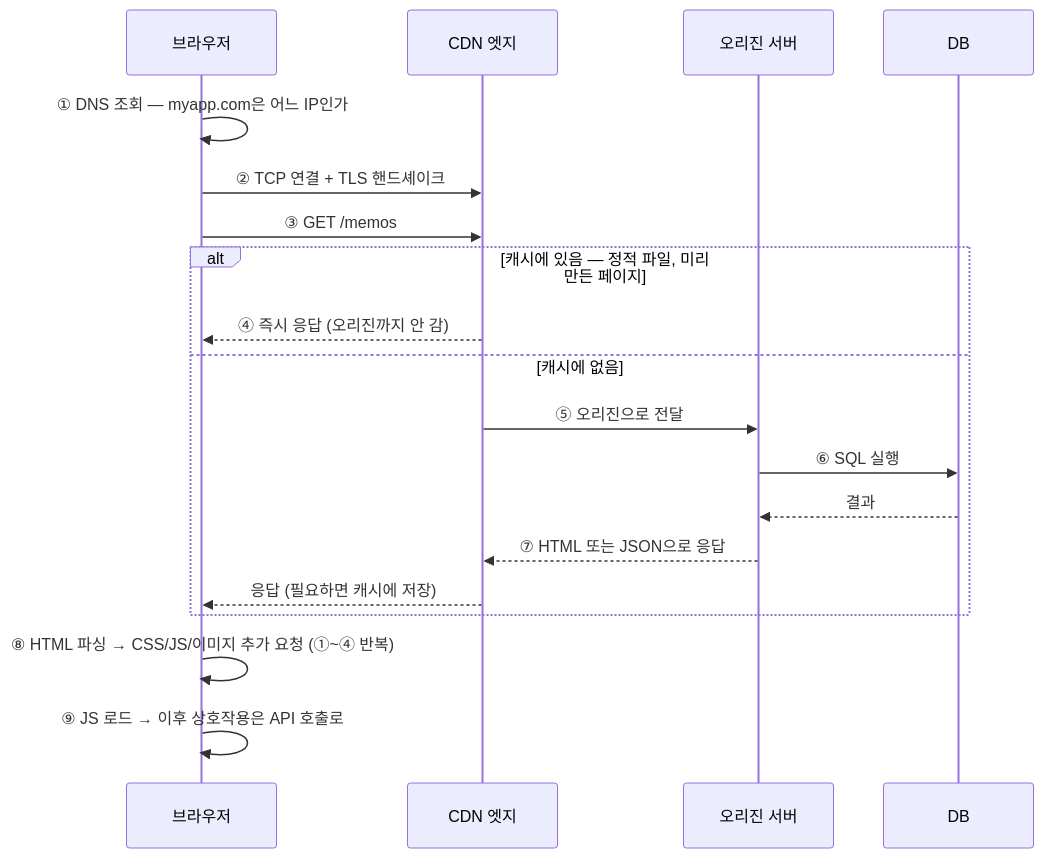
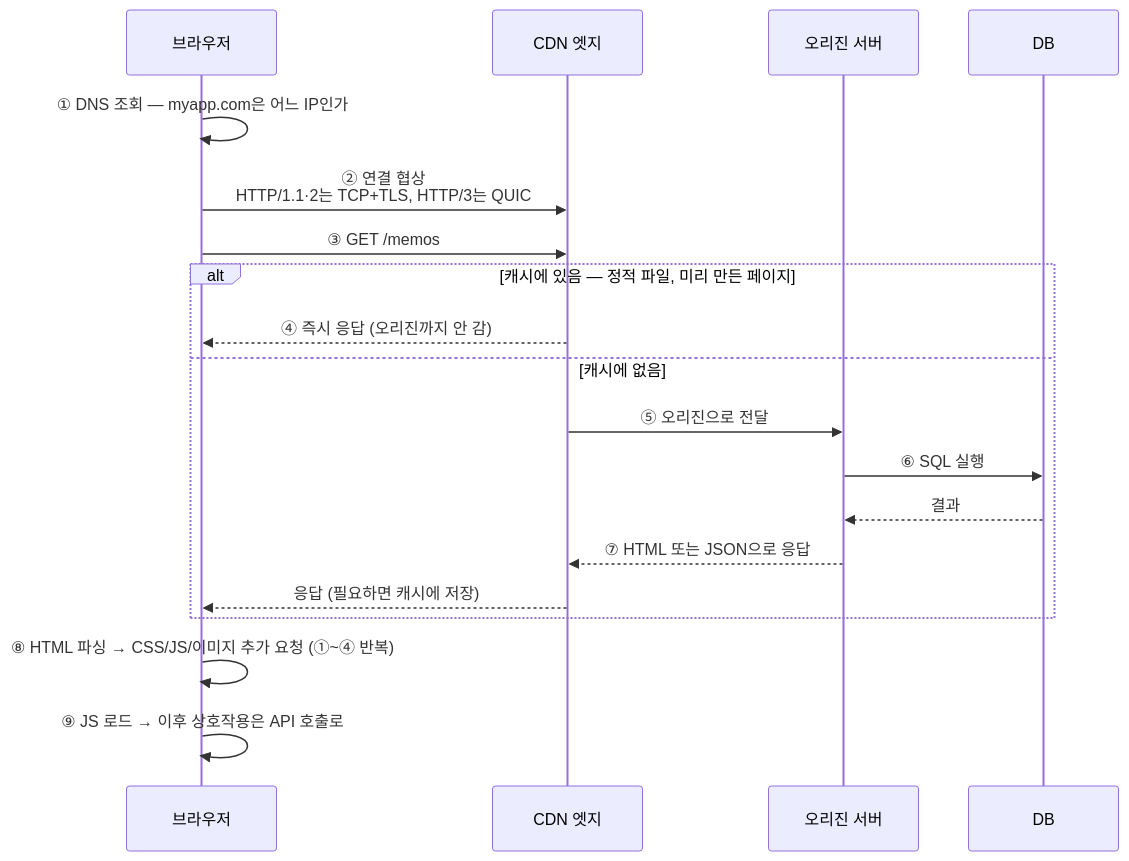
One commit to mechurak/study-starlight changed the diagram in src/content/docs/web/01-request.mdx. Above: the diagram before and after it, drawn with Mermaid. The commit also changed other lines of this file and 27 other files, not shown here.

````diff
--- a/src/content/docs/web/01-request.mdx
+++ b/src/content/docs/web/01-request.mdx
@@ -24,22 +24,22 @@
 ```mermaid
 sequenceDiagram
     participant B as 브라우저
     participant E as CDN 엣지
     participant O as 오리진 서버
     participant D as DB
 
     B->>B: ① DNS 조회 — myapp.com은 어느 IP인가
-    B->>E: ② TCP 연결 + TLS 핸드셰이크
+    B->>E: ② 연결 협상<br/>HTTP/1.1·2는 TCP+TLS, HTTP/3는 QUIC
     B->>E: ③ GET /memos
     alt 캐시에 있음 — 정적 파일, 미리 만든 페이지
         E-->>B: ④ 즉시 응답 (오리진까지 안 감)
     else 캐시에 없음
         E->>O: ⑤ 오리진으로 전달
         O->>D: ⑥ SQL 실행
         D-->>O: 결과
         O-->>E: ⑦ HTML 또는 JSON으로 응답
         E-->>B: 응답 (필요하면 캐시에 저장)
     end
     B->>B: ⑧ HTML 파싱 → CSS/JS/이미지 추가 요청 (①~④ 반복)
     B->>B: ⑨ JS 로드 → 이후 상호작용은 API 호출로
 ```
````
